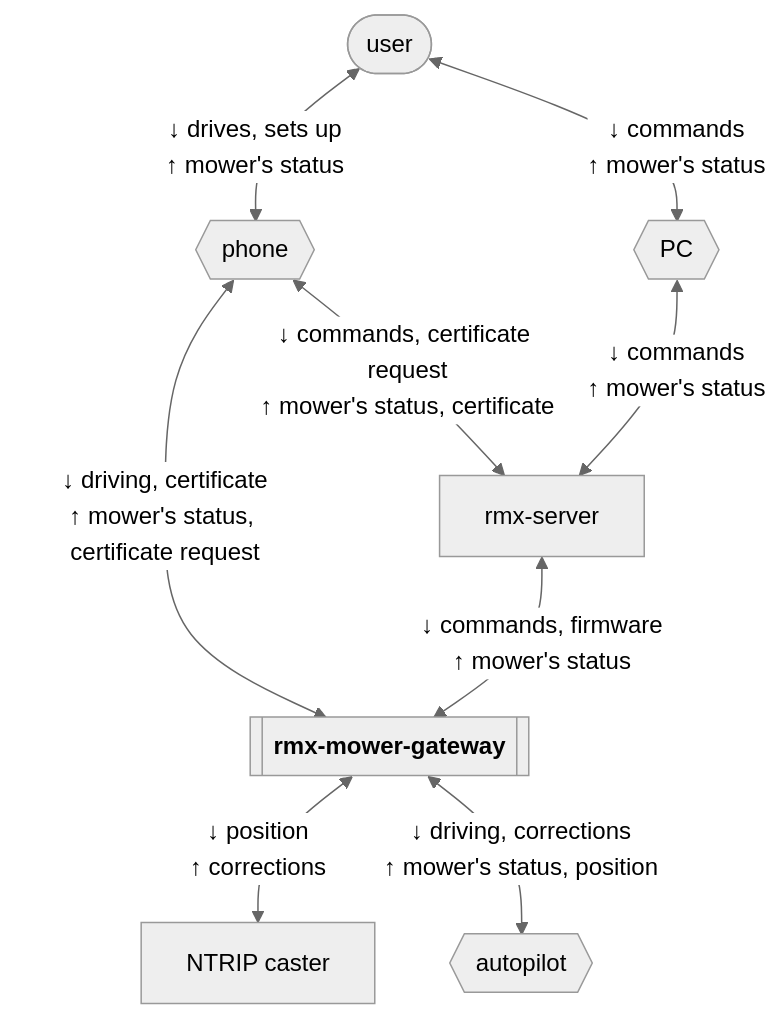
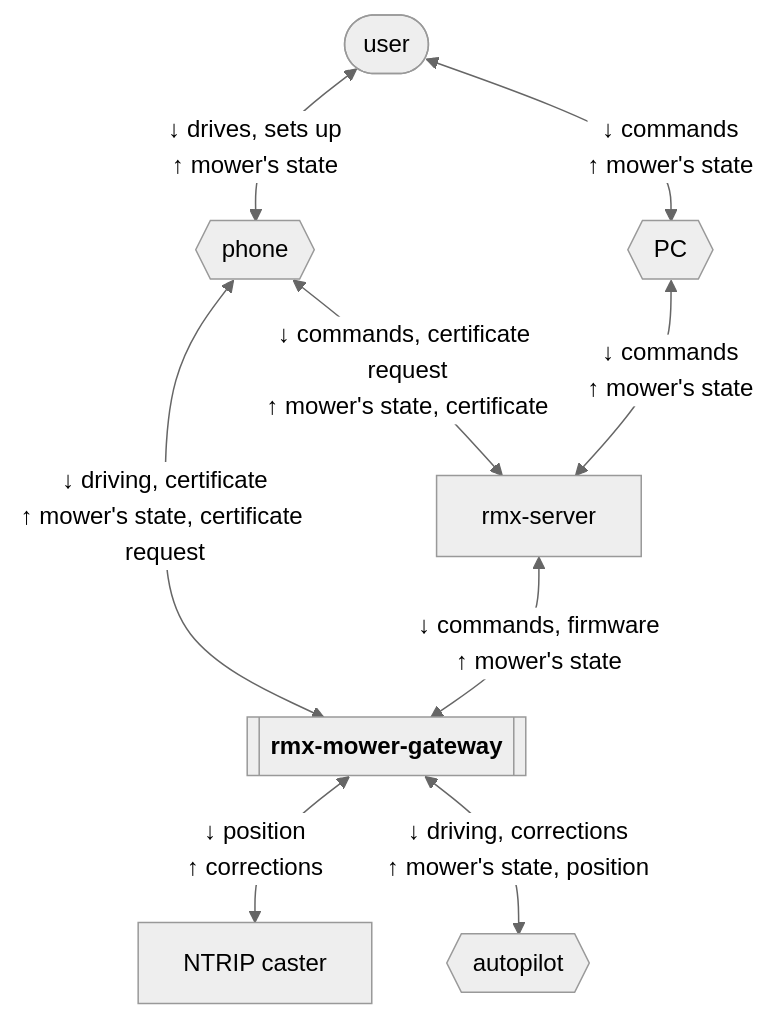
One commit to rmx-lt/rmx-mower-gateway changed the first of 6 diagrams in .esp-architecture/diagrams/diagrams.md. Above: the diagram before and after it, drawn with Mermaid (neutral theme). The commit also changed 5 other files, not shown here.

First line of the commit message:
Mower's state, not status

````diff
--- a/.esp-architecture/diagrams/diagrams.md
+++ b/.esp-architecture/diagrams/diagrams.md
@@ -7,18 +7,18 @@
 ```mermaid
 flowchart TD
   n_system[["<b>rmx-mower-gateway</b>"]]
   n_user(["user"])
   n_phone{{"phone"}}
   n_pc{{"PC"}}
   n_rmx_server["rmx-server"]
   n_ntrip_caster["NTRIP caster"]
   n_autopilot{{"autopilot"}}
-  n_user <-->|"↓ drives, sets up<br/>↑ mower's status"| n_phone
-  n_user <-->|"↓ commands<br/>↑ mower's status"| n_pc
-  n_phone <-->|"↓ commands, certificate request<br/>↑ mower's status, certificate"| n_rmx_server
-  n_phone <-->|"↓ driving, certificate<br/>↑ mower's status, certificate request"| n_system
-  n_pc <-->|"↓ commands<br/>↑ mower's status"| n_rmx_server
-  n_rmx_server <-->|"↓ commands, firmware<br/>↑ mower's status"| n_system
+  n_user <-->|"↓ drives, sets up<br/>↑ mower's state"| n_phone
+  n_user <-->|"↓ commands<br/>↑ mower's state"| n_pc
+  n_phone <-->|"↓ commands, certificate request<br/>↑ mower's state, certificate"| n_rmx_server
+  n_phone <-->|"↓ driving, certificate<br/>↑ mower's state, certificate request"| n_system
+  n_pc <-->|"↓ commands<br/>↑ mower's state"| n_rmx_server
+  n_rmx_server <-->|"↓ commands, firmware<br/>↑ mower's state"| n_system
   n_system <-->|"↓ position<br/>↑ corrections"| n_ntrip_caster
-  n_system <-->|"↓ driving, corrections<br/>↑ mower's status, position"| n_autopilot
+  n_system <-->|"↓ driving, corrections<br/>↑ mower's state, position"| n_autopilot
 ```
````
